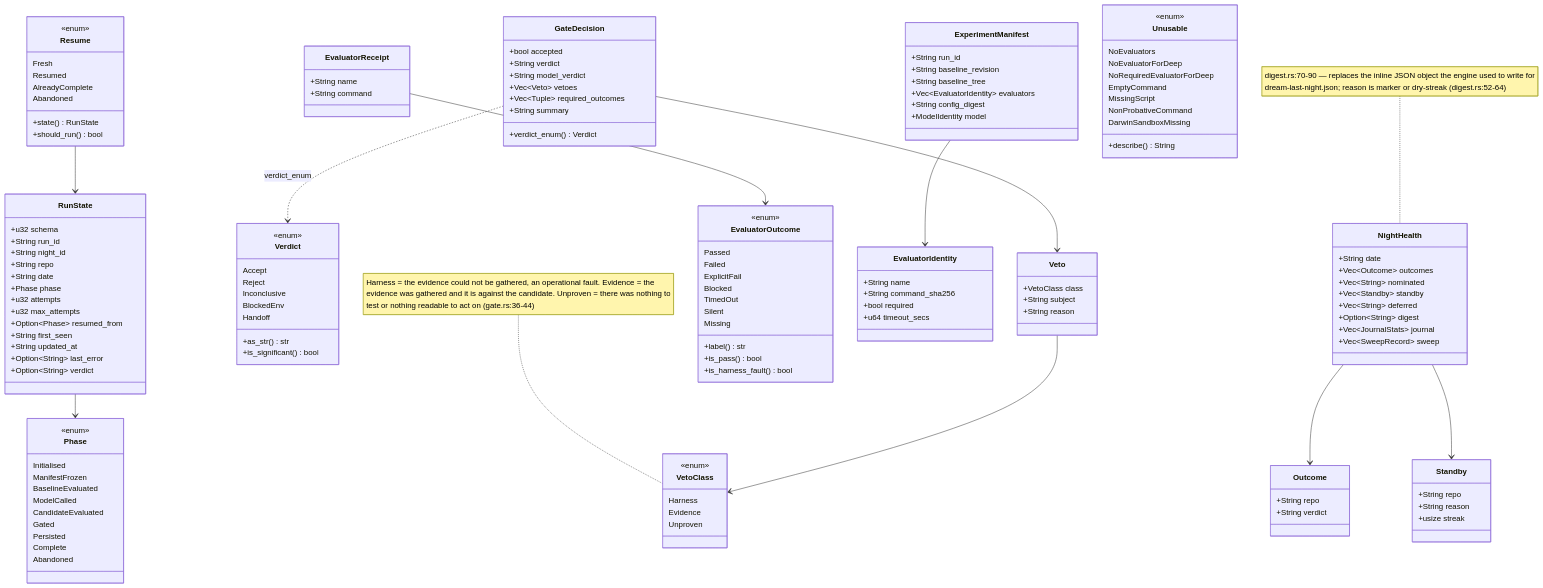
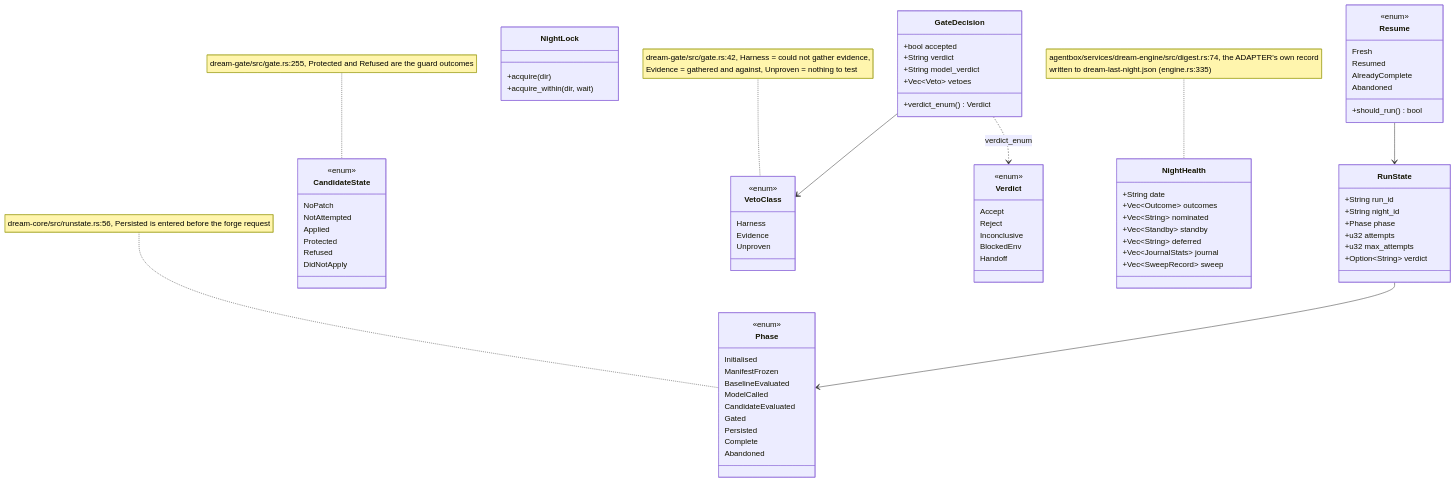
One commit to DreamLab-AI/VisionFlow changed the eighth of 20 diagrams in docs/diagrams/agentbox/23-dream-engine.md. Above: the diagram before and after it, drawn with Mermaid. The commit also changed other lines of this file and 12 other files, not shown here.

First line of the commit message:
docs(diagrams): map the dream-engine extraction (AB-23, ES-05, ES-90, new DE area)

````diff
--- a/docs/diagrams/agentbox/23-dream-engine.md
+++ b/docs/diagrams/agentbox/23-dream-engine.md
@@ -462,18 +448,11 @@
 ```mermaid
 classDiagram
     class RunState {
-        +u32 schema
         +String run_id
         +String night_id
-        +String repo
-        +String date
         +Phase phase
         +u32 attempts
         +u32 max_attempts
-        +Option~Phase~ resumed_from
-        +String first_seen
-        +String updated_at
-        +Option~String~ last_error
         +Option~String~ verdict
     }
     class Phase {
@@ -494,8 +473,33 @@
         Resumed
         AlreadyComplete
         Abandoned
-        +state() RunState
         +should_run() bool
+    }
+    class NightLock {
+        +acquire(dir)
+        +acquire_within(dir, wait)
+    }
+    class CandidateState {
+        <<enum>>
+        NoPatch
+        NotAttempted
+        Applied
+        Protected
+        Refused
+        DidNotApply
+    }
+    class GateDecision {
+        +bool accepted
+        +String verdict
+        +String model_verdict
+        +Vec~Veto~ vetoes
+        +verdict_enum() Verdict
+    }
+    class VetoClass {
+        <<enum>>
+        Harness
+        Evidence
+        Unproven
     }
     class Verdict {
         <<enum>>
@@ -504,70 +508,6 @@
         Inconclusive
         BlockedEnv
         Handoff
-        +as_str() str
-        +is_significant() bool
-    }
-    class GateDecision {
-        +bool accepted
-        +String verdict
-        +String model_verdict
-        +Vec~Veto~ vetoes
-        +Vec~Tuple~ required_outcomes
-        +String summary
-        +verdict_enum() Verdict
-    }
-    class Veto {
-        +VetoClass class
-        +String subject
-        +String reason
-    }
-    class VetoClass {
-        <<enum>>
-        Harness
-        Evidence
-        Unproven
-    }
-    class EvaluatorOutcome {
-        <<enum>>
-        Passed
-        Failed
-        ExplicitFail
-        Blocked
-        TimedOut
-        Silent
-        Missing
-        +label() str
-        +is_pass() bool
-        +is_harness_fault() bool
-    }
-    class EvaluatorReceipt {
-        +String name
-        +String command
-    }
-    class ExperimentManifest {
-        +String run_id
-        +String baseline_revision
-        +String baseline_tree
-        +Vec~EvaluatorIdentity~ evaluators
-        +String config_digest
-        +ModelIdentity model
-    }
-    class EvaluatorIdentity {
-        +String name
-        +String command_sha256
-        +bool required
-        +u64 timeout_secs
-    }
-    class Unusable {
-        <<enum>>
-        NoEvaluators
-        NoEvaluatorForDeep
-        NoRequiredEvaluatorForDeep
-        EmptyCommand
-        MissingScript
-        NonProbativeCommand
-        DarwinSandboxMissing
-        +describe() String
     }
     class NightHealth {
         +String date
@@ -575,28 +515,15 @@
         +Vec~String~ nominated
         +Vec~Standby~ standby
         +Vec~String~ deferred
-        +Option~String~ digest
         +Vec~JournalStats~ journal
         +Vec~SweepRecord~ sweep
     }
-    class Outcome {
-        +String repo
-        +String verdict
-    }
-    class Standby {
-        +String repo
-        +String reason
-        +usize streak
-    }
     RunState --> Phase
     Resume --> RunState
-    GateDecision --> Veto
-    Veto --> VetoClass
+    GateDecision --> VetoClass
     GateDecision ..> Verdict : verdict_enum
-    EvaluatorReceipt --> EvaluatorOutcome
-    ExperimentManifest --> EvaluatorIdentity
-    NightHealth --> Outcome
-    NightHealth --> Standby
-    note for VetoClass "Harness = the evidence could not be gathered, an operational fault. Evidence = the<br/>evidence was gathered and it is against the candidate. Unproven = there was nothing to<br/>test or nothing readable to act on (gate.rs:36-44)"
-    note for NightHealth "digest.rs:70-90 — replaces the inline JSON object the engine used to write for<br/>dream-last-night.json; reason is marker or dry-streak (digest.rs:52-64)"
+    note for Phase "dream-core/src/runstate.rs:56, Persisted is entered before the forge request"
+    note for CandidateState "dream-gate/src/gate.rs:255, Protected and Refused are the guard outcomes"
+    note for VetoClass "dream-gate/src/gate.rs:42, Harness = could not gather evidence,<br/>Evidence = gathered and against, Unproven = nothing to test"
+    note for NightHealth "agentbox/services/dream-engine/src/digest.rs:74, the ADAPTER's own record<br/>written to dream-last-night.json (engine.rs:335)"
 ```
````
